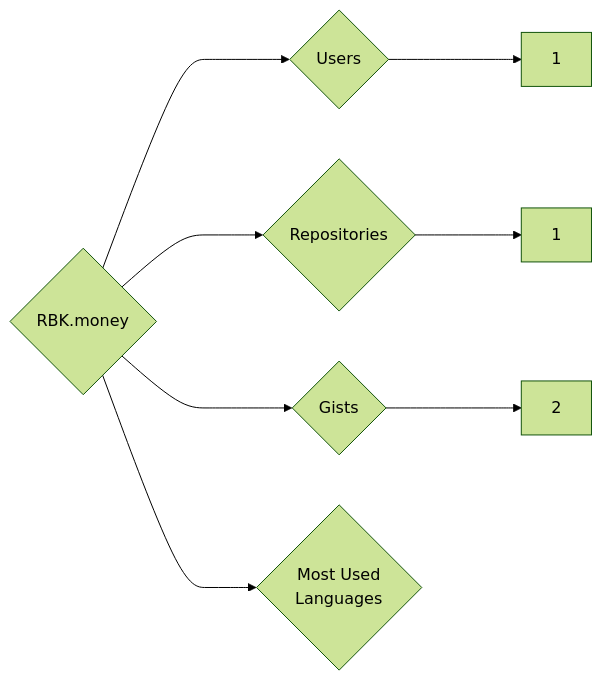
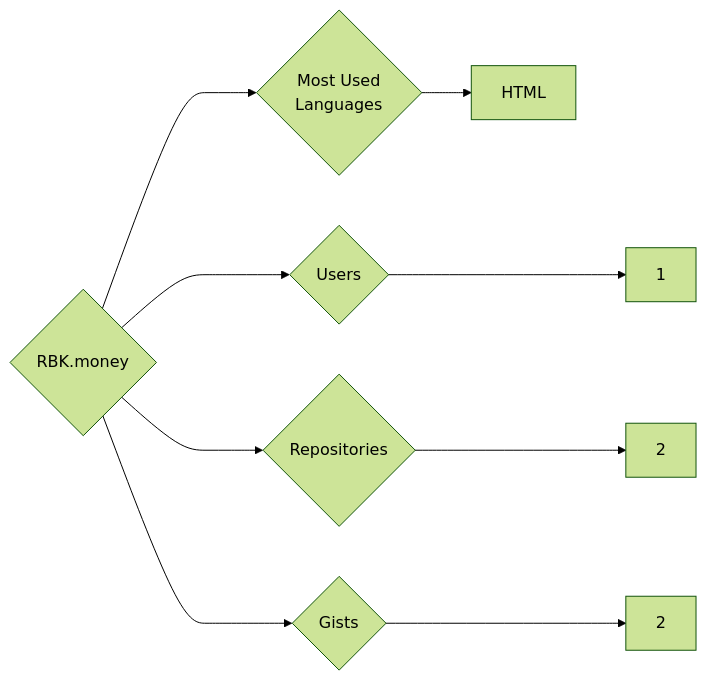
The diagram in targets/RBK.money/README.md (trickest/insiders), drawn with Mermaid (forest theme) before and after one commit. The commit also changed 1011 other files, not shown here.

````diff
--- a/targets/RBK.money/README.md
+++ b/targets/RBK.money/README.md
@@ -3,8 +3,9 @@
 ```mermaid
 graph LR
 COMPANY_NAME{RBK.money}
 COMPANY_NAME ---> U{Users} ---> UN[1]
-COMPANY_NAME ---> R{Repositories} ---> RN[1]
+COMPANY_NAME ---> R{Repositories} ---> RN[2]
 COMPANY_NAME ---> G{Gists} ---> GN[2]
 COMPANY_NAME ---> ML{Most Used<br>Languages}
+ML --> HTML[HTML]
 ```
````
